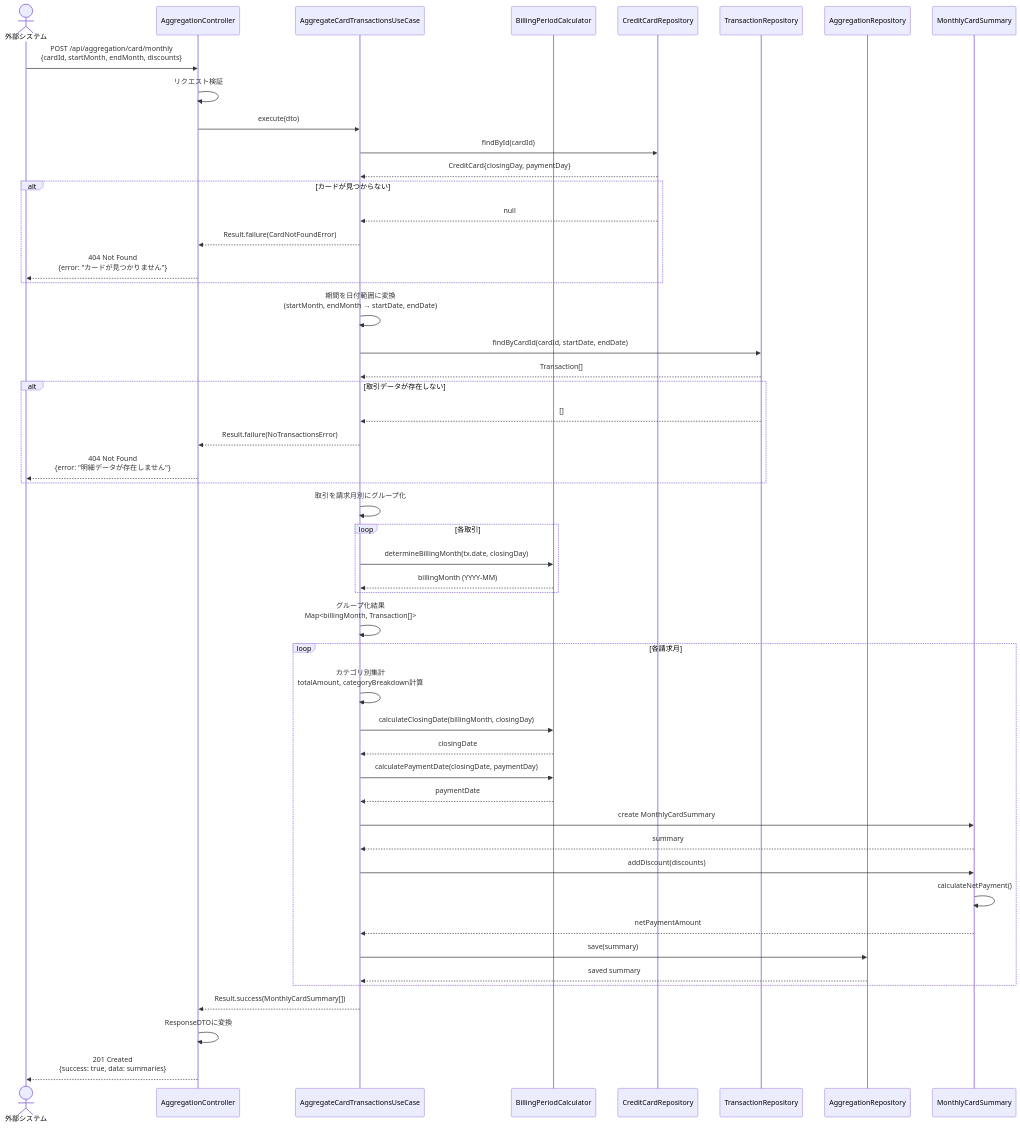
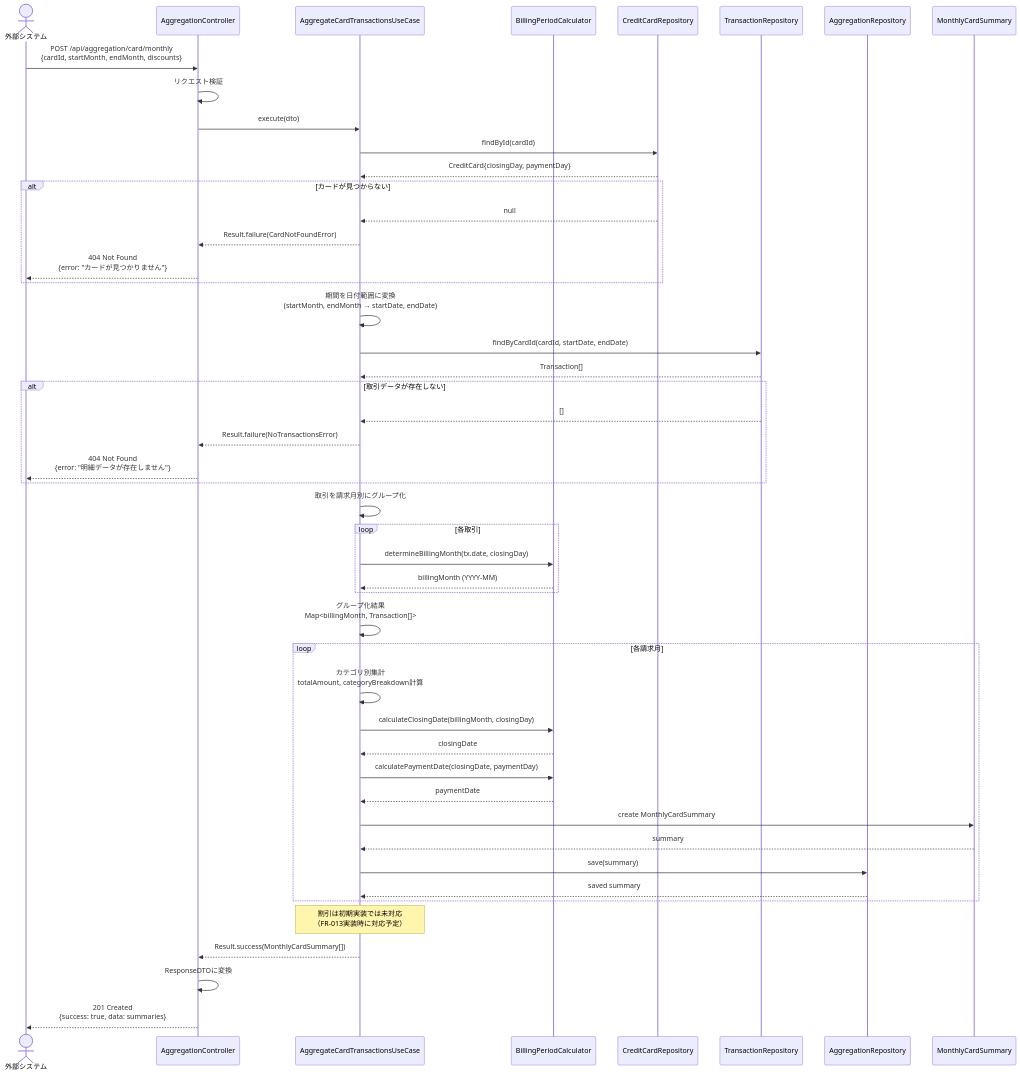
The first of 11 diagrams in docs/detailed-design/FR-012_credit-card-monthly-aggregation/sequence-diagrams.md (kencom2400/account-book), drawn with Mermaid before and after one commit. The commit also changed 3 other files, not shown here.

First line of the commit message:
fix(design): 指摘1,2対応 - Onion Architecture違反と割引の重複適用問題を修正

````diff
--- a/docs/detailed-design/FR-012_credit-card-monthly-aggregation/sequence-diagrams.md
+++ b/docs/detailed-design/FR-012_credit-card-monthly-aggregation/sequence-diagrams.md
@@ -35,67 +35,65 @@
 ```mermaid
 sequenceDiagram
     actor User as 外部システム
     participant API as AggregationController
     participant UC as AggregateCardTransactionsUseCase
     participant Calc as BillingPeriodCalculator
     participant CardRepo as CreditCardRepository
     participant TxRepo as TransactionRepository
     participant AggRepo as AggregationRepository
     participant Entity as MonthlyCardSummary
 
     User->>API: POST /api/aggregation/card/monthly<br/>{cardId, startMonth, endMonth, discounts}
 
     API->>API: リクエスト検証
     API->>UC: execute(dto)
 
     UC->>CardRepo: findById(cardId)
     CardRepo-->>UC: CreditCard{closingDay, paymentDay}
 
     alt カードが見つからない
         CardRepo-->>UC: null
         UC-->>API: Result.failure(CardNotFoundError)
         API-->>User: 404 Not Found<br/>{error: "カードが見つかりません"}
     end
 
     UC->>UC: 期間を日付範囲に変換<br/>(startMonth, endMonth → startDate, endDate)
     UC->>TxRepo: findByCardId(cardId, startDate, endDate)
     TxRepo-->>UC: Transaction[]
 
     alt 取引データが存在しない
         TxRepo-->>UC: []
         UC-->>API: Result.failure(NoTransactionsError)
         API-->>User: 404 Not Found<br/>{error: "明細データが存在しません"}
     end
 
     UC->>UC: 取引を請求月別にグループ化
     loop 各取引
         UC->>Calc: determineBillingMonth(tx.date, closingDay)
         Calc-->>UC: billingMonth (YYYY-MM)
     end
 
     UC->>UC: グループ化結果<br/>Map<billingMonth, Transaction[]>
 
     loop 各請求月
         UC->>UC: カテゴリ別集計<br/>totalAmount, categoryBreakdown計算
 
         UC->>Calc: calculateClosingDate(billingMonth, closingDay)
         Calc-->>UC: closingDate
 
         UC->>Calc: calculatePaymentDate(closingDate, paymentDay)
         Calc-->>UC: paymentDate
 
         UC->>Entity: create MonthlyCardSummary
         Entity-->>UC: summary
 
-        UC->>Entity: addDiscount(discounts)
-        Entity->>Entity: calculateNetPayment()
-        Entity-->>UC: netPaymentAmount
-
         UC->>AggRepo: save(summary)
         AggRepo-->>UC: saved summary
     end
+
+    Note over UC: 割引は初期実装では未対応<br/>（FR-013実装時に対応予定）
 
     UC-->>API: Result.success(MonthlyCardSummary[])
     API->>API: ResponseDTOに変換
     API-->>User: 201 Created<br/>{success: true, data: summaries}
 ```
````
